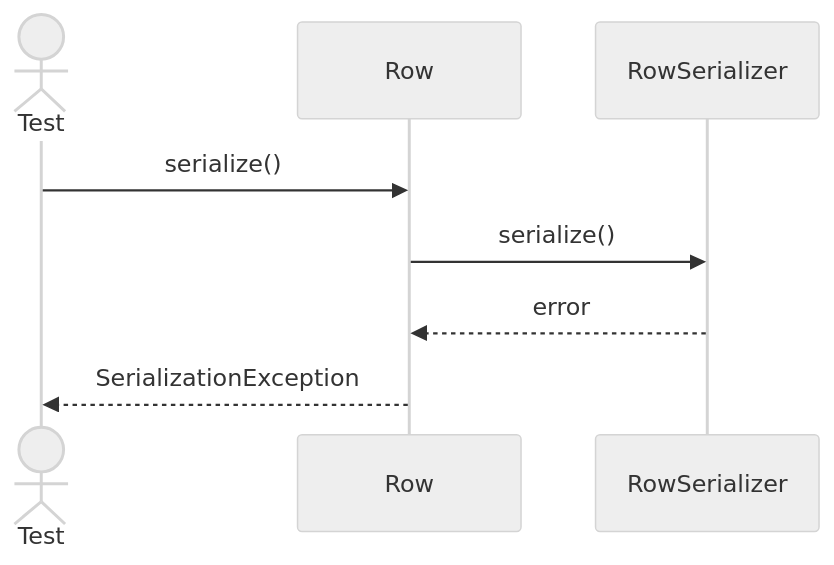
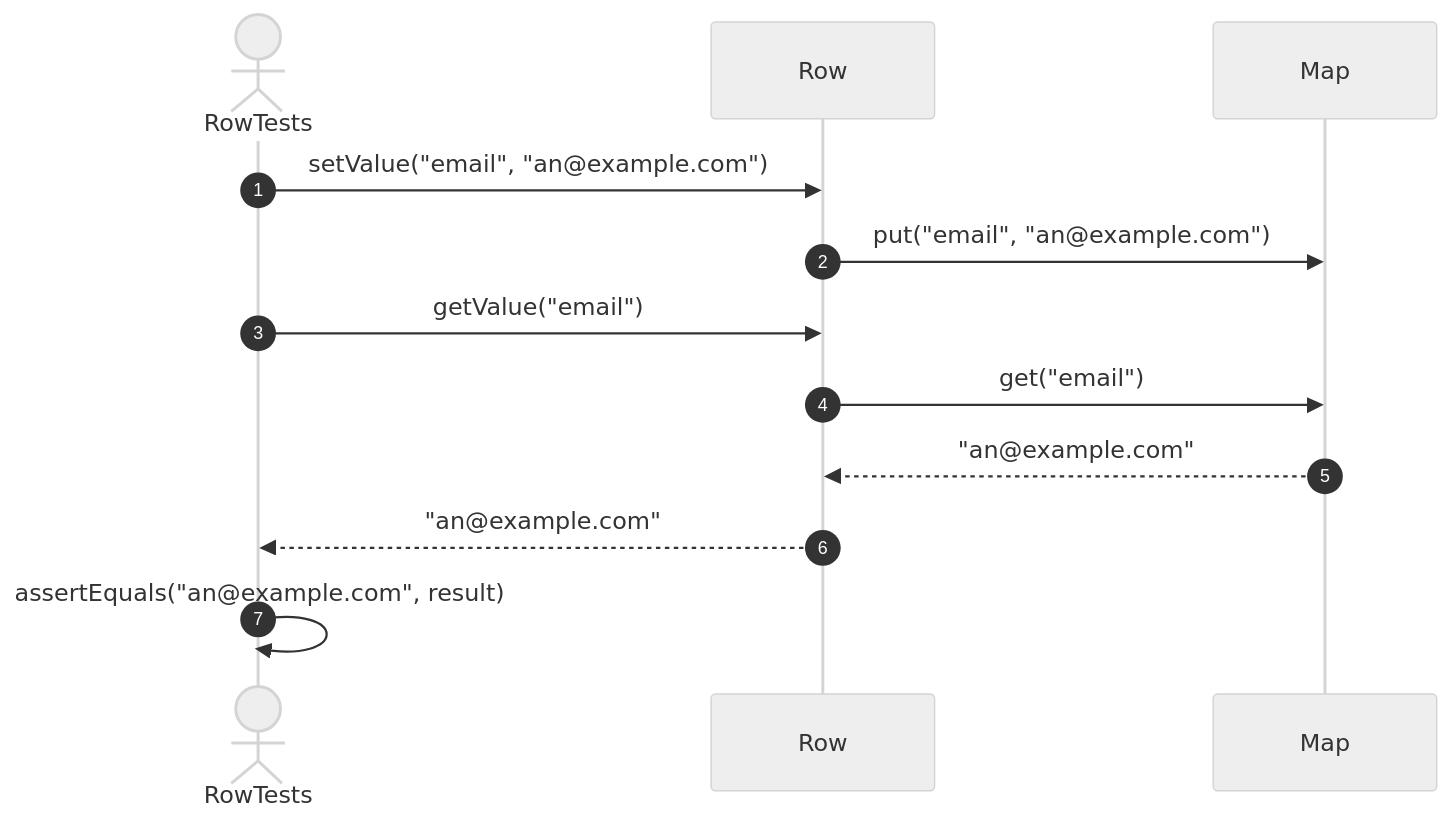
Before and after one commit to FhuAnn/-bbv-AN-s-DBMS: diagram 12 of 33 in src/tests/unit/metadata/sequences/rows-testing.se.md, drawn with Mermaid (neutral theme). The commit also changed other lines of this file and 60 other files, not shown here.

Commit message:
refactor data table, row, column, constraint, index test file

````diff
--- a/src/tests/unit/metadata/sequences/rows-testing.se.md
+++ b/src/tests/unit/metadata/sequences/rows-testing.se.md
@@ -215,14 +313,20 @@
 ```mermaid
 sequenceDiagram
-actor Test
-participant Row
-participant RowSerializer
+    autonumber
 
-Test->>Row: serialize()
+    actor Test as RowTests
+    participant Row as Row
+    participant Values as Map
 
-Row->>RowSerializer: serialize()
+    Test->>Row: setValue("email", "an@example.com")
+    Row->>Values: put("email", "an@example.com")
 
-RowSerializer-->>Row: error
+    Test->>Row: getValue("email")
 
-Row-->>Test: SerializationException
+    Row->>Values: get("email")
+    Values-->>Row: "an@example.com"
+
+    Row-->>Test: "an@example.com"
+
+    Test->>Test: assertEquals("an@example.com", result)
 ```
````
